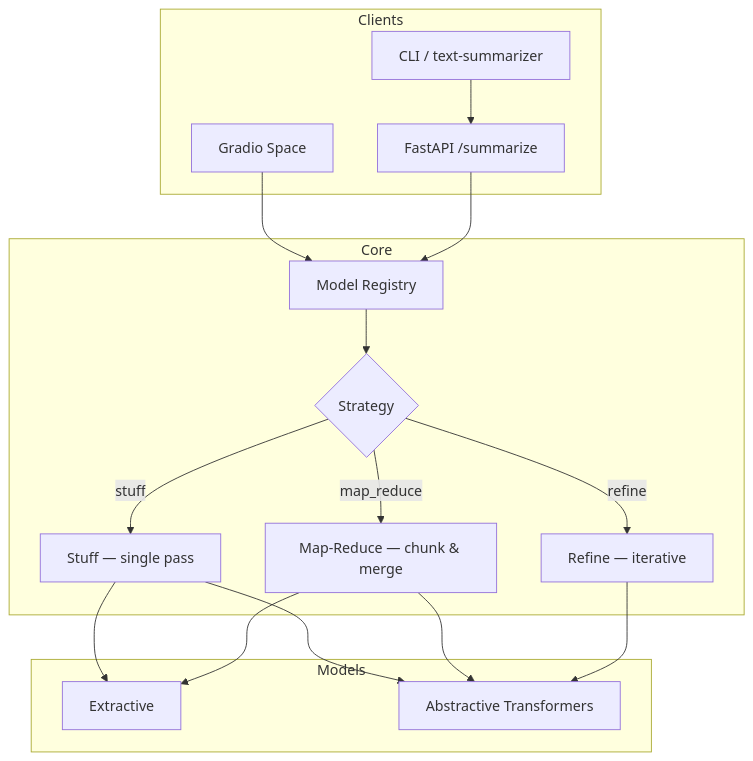
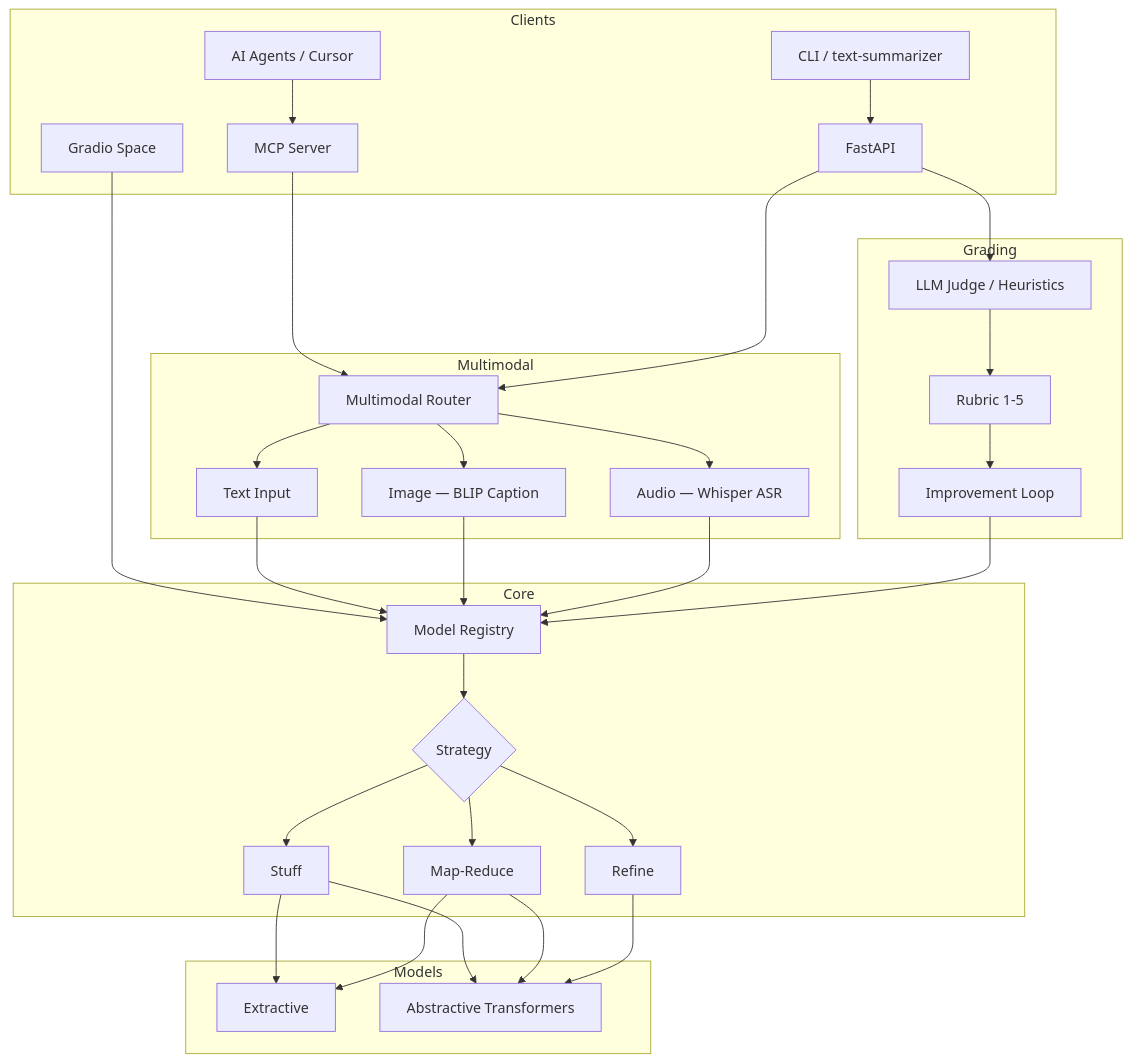
The diagram in README.md (askmy-stack/nexus-forge), drawn with Mermaid before and after one commit. The commit also changed other lines of this file and 20 other files, not shown here.

First line of the commit message:
feat: add multimodal summarization, MCP server, and grading loop

````diff
--- a/README.md
+++ b/README.md
@@ -40,34 +44,61 @@
 ```mermaid
 flowchart TB
     subgraph Clients
         CLI[CLI / text-summarizer]
-        API[FastAPI /summarize]
+        API[FastAPI]
+        MCP[MCP Server]
         HF[Gradio Space]
+        AGENT[AI Agents / Cursor]
+    end
+
+    subgraph Multimodal
+        ROUTER[Multimodal Router]
+        IMG[Image — BLIP Caption]
+        AUD[Audio — Whisper ASR]
+        TXT[Text Input]
     end
 
     subgraph Core
         REG[Model Registry]
         STRAT{Strategy}
-        STUFF[Stuff — single pass]
-        MR[Map-Reduce — chunk & merge]
-        RF[Refine — iterative]
+        STUFF[Stuff]
+        MR[Map-Reduce]
+        RF[Refine]
     end
 
-    subgraph Models
+    subgraph Grading
+        JUDGE[LLM Judge / Heuristics]
+        RUBRIC[Rubric 1-5]
+        LOOP[Improvement Loop]
+    end
+
+  subgraph Models
         EXT[Extractive]
         ABS[Abstractive Transformers]
     end
 
     CLI --> API
+    AGENT --> MCP
+    MCP --> ROUTER
     HF --> REG
-    API --> REG
+    API --> ROUTER
+    API --> JUDGE
+    ROUTER --> TXT
+    ROUTER --> IMG
+    ROUTER --> AUD
+    TXT --> REG
+    IMG --> REG
+    AUD --> REG
     REG --> STRAT
-    STRAT -->|stuff| STUFF
-    STRAT -->|map_reduce| MR
-    STRAT -->|refine| RF
+    STRAT --> STUFF
+    STRAT --> MR
+    STRAT --> RF
     STUFF --> EXT
     STUFF --> ABS
     MR --> EXT
     MR --> ABS
     RF --> ABS
+    JUDGE --> RUBRIC
+    RUBRIC --> LOOP
+    LOOP --> REG
 ```
````
